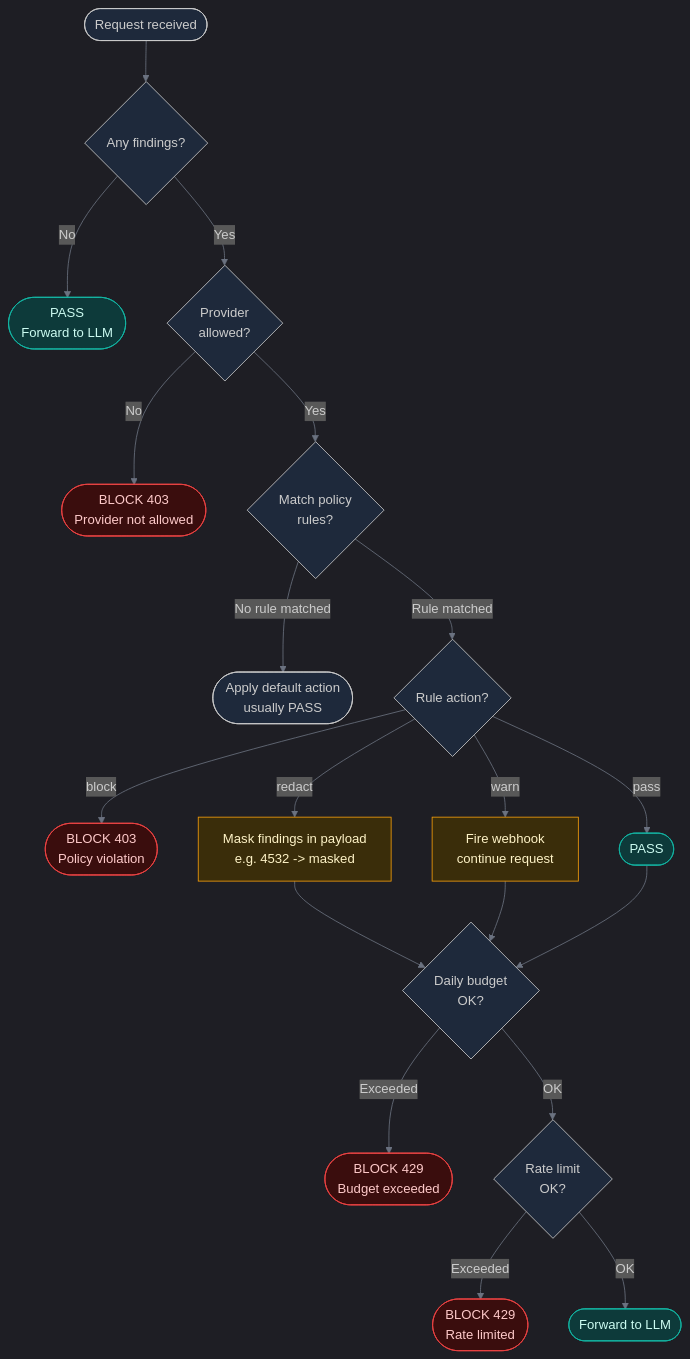
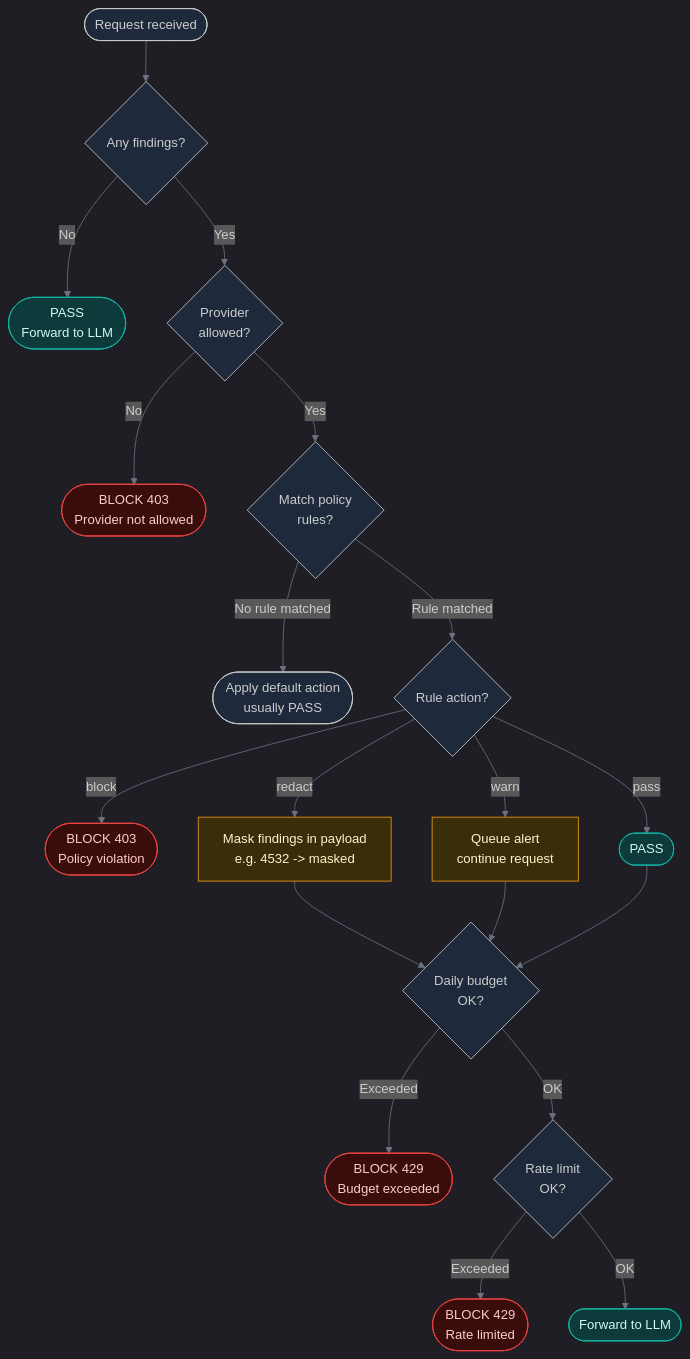
Before and after one commit to yatuk/tamga: the fourth of 6 diagrams in docs/architecture/README.md, drawn with Mermaid. The commit also changed other lines of this file and 6 other files, not shown here.

````diff
--- a/docs/architecture/README.md
+++ b/docs/architecture/README.md
@@ -219,47 +219,47 @@
 ```mermaid
 %%{init: {
   'theme': 'dark',
   'themeVariables': {
     'primaryColor': '#1e3a5f',
     'primaryTextColor': '#dbeafe',
     'primaryBorderColor': '#3b82f6',
     'lineColor': '#6b7280',
     'background': '#0f172a',
     'mainBkg': '#1e293b'
   }
 }}%%
 flowchart TD
     Start([Request received]) --> HasFindings{Any findings?}
 
     HasFindings -->|No| Pass([PASS<br/>Forward to LLM])
     HasFindings -->|Yes| CheckProvider{Provider<br/>allowed?}
 
     CheckProvider -->|No| Block403([BLOCK 403<br/>Provider not allowed])
     CheckProvider -->|Yes| EvalRules{Match policy<br/>rules?}
 
     EvalRules -->|No rule matched| DefaultAction([Apply default action<br/>usually PASS])
     EvalRules -->|Rule matched| RuleAction{Rule action?}
 
     RuleAction -->|block| Block403b([BLOCK 403<br/>Policy violation])
     RuleAction -->|redact| Mask[Mask findings in payload<br/>e.g. 4532 -> masked]
-    RuleAction -->|warn| Webhook[Fire webhook<br/>continue request]
+    RuleAction -->|warn| Webhook[Queue alert<br/>continue request]
     RuleAction -->|pass| PassRule([PASS])
 
     Mask --> CheckBudget{Daily budget<br/>OK?}
     Webhook --> CheckBudget
     PassRule --> CheckBudget
 
     CheckBudget -->|Exceeded| Block429([BLOCK 429<br/>Budget exceeded])
     CheckBudget -->|OK| CheckRate{Rate limit<br/>OK?}
 
     CheckRate -->|Exceeded| Block429b([BLOCK 429<br/>Rate limited])
     CheckRate -->|OK| Forward([Forward to LLM])
 
     classDef pass fill:#0d3a3a,stroke:#14b8a6,color:#ccfbf1
     classDef block fill:#3a0d0d,stroke:#ef4444,color:#fecaca
     classDef warn fill:#3a2d0a,stroke:#f59e0b,color:#fef3c7
 
     class Pass,PassRule,Forward pass
     class Block403,Block403b,Block429,Block429b block
     class Mask,Webhook warn
 ```
````
